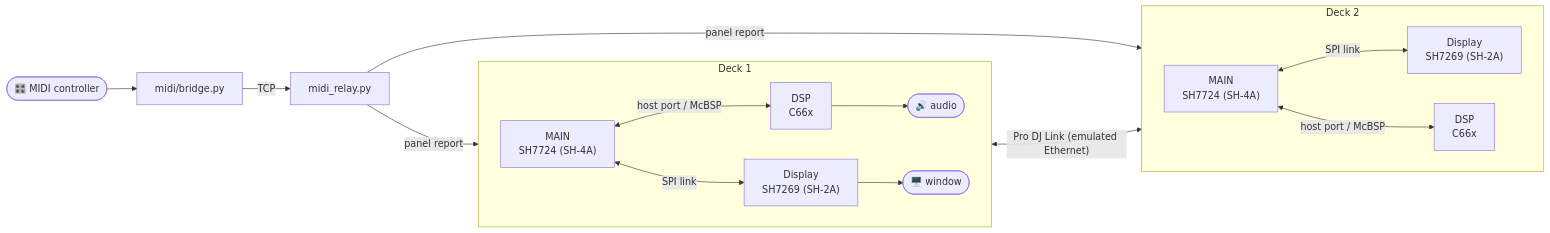
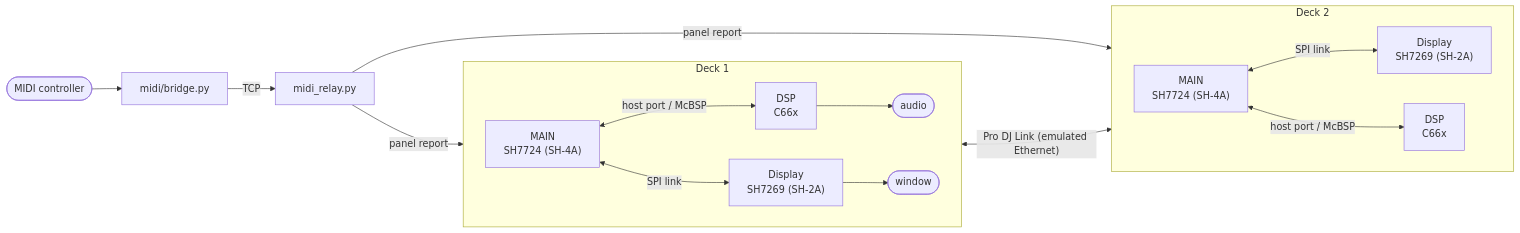
Before and after one commit to Stijn-Jacobs/cdj-nxs2-qemu: the diagram in README.md, drawn with Mermaid. The commit also changed other lines of this file, not shown here.

````diff
--- a/README.md
+++ b/README.md
@@ -321,18 +690,18 @@
 ```mermaid
 flowchart LR
     subgraph deck1["Deck 1"]
         direction LR
         MAIN1["MAIN<br/>SH7724 (SH-4A)"] <-- "SPI link" --> GUI1["Display<br/>SH7269 (SH-2A)"]
         MAIN1 <-- "host port / McBSP" --> DSP1["DSP<br/>C66x"]
-        DSP1 --> AUDIO1(["🔊 audio"])
-        GUI1 --> WIN1(["🖥️ window"])
+        DSP1 --> AUDIO1(["audio"])
+        GUI1 --> WIN1(["window"])
     end
     subgraph deck2["Deck 2"]
         direction LR
         MAIN2["MAIN<br/>SH7724 (SH-4A)"] <-- "SPI link" --> GUI2["Display<br/>SH7269 (SH-2A)"]
         MAIN2 <-- "host port / McBSP" --> DSP2["DSP<br/>C66x"]
     end
     MAIN1 <-- "Pro DJ Link (emulated Ethernet)" --> MAIN2
-    CTRL(["🎛️ MIDI controller"]) --> BRIDGE["midi/bridge.py"] -- TCP --> RELAY["midi_relay.py"] -- "panel report" --> MAIN1
+    CTRL(["MIDI controller"]) --> BRIDGE["midi/bridge.py"] -- TCP --> RELAY["midi_relay.py"] -- "panel report" --> MAIN1
     RELAY -- "panel report" --> MAIN2
 ```
````
